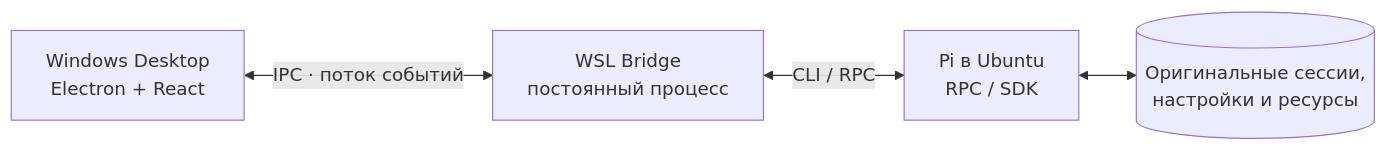
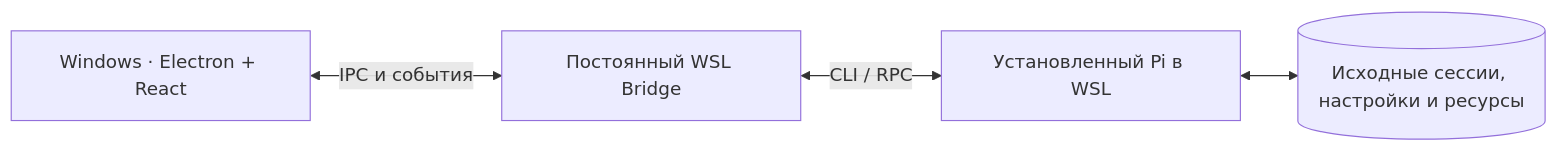
One commit to triagmas/pi-wsl-desktop changed the diagram in README.md. Above: the diagram before and after it, drawn with Mermaid. The commit also changed other lines of this file and 8 other files, not shown here.

````diff
--- a/README.md
+++ b/README.md
@@ -22,10 +30,6 @@
 ```mermaid
 flowchart LR
-    UI["Windows Desktop<br/>Electron + React"]
-    BR["WSL Bridge<br/>постоянный процесс"]
-    PI["Pi в Ubuntu<br/>RPC / SDK"]
-    STATE[("Оригинальные сессии,<br/>настройки и ресурсы")]
-    UI <-->|"IPC · поток событий"| BR
-    BR <-->|"CLI / RPC"| PI
-    PI <--> STATE
+    UI["Windows · Electron + React"] <-->|"IPC и события"| BR["Постоянный WSL Bridge"]
+    BR <-->|"CLI / RPC"| PI["Установленный Pi в WSL"]
+    PI <--> DATA[("Исходные сессии, настройки и ресурсы")]
 ```
````
